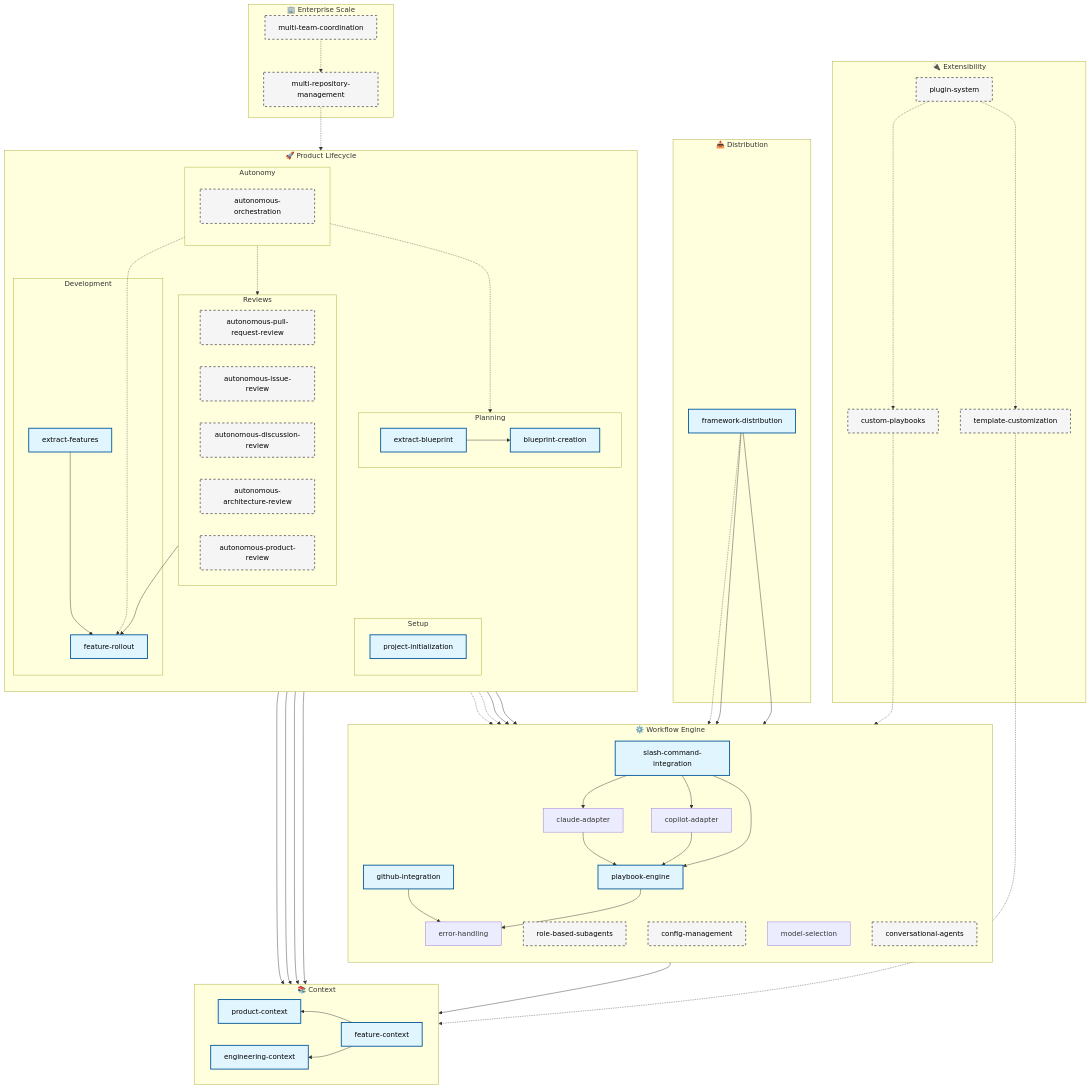
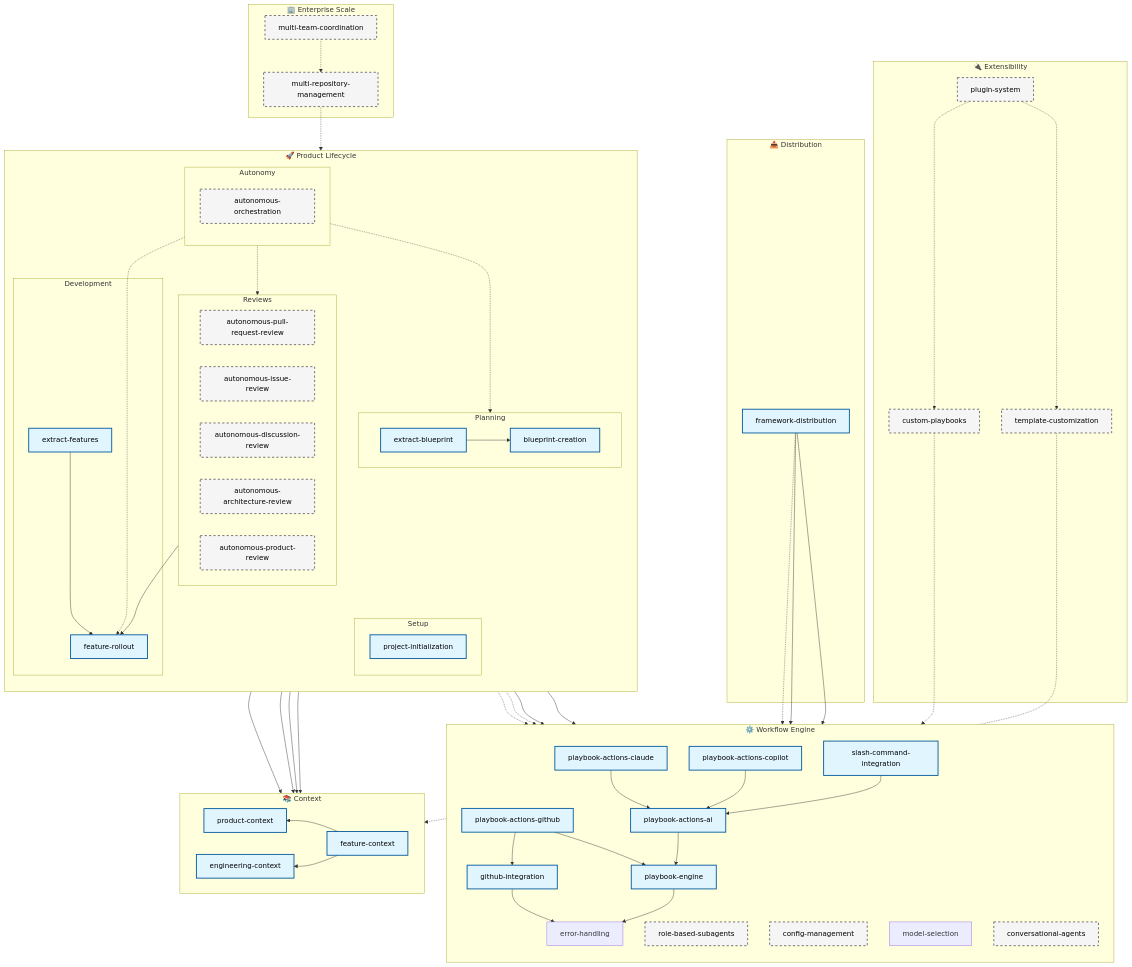
One commit to Xerilium/catalyst changed the diagram in .xe/features/blueprint/plan.md. Above: the diagram before and after it, drawn with Mermaid. The commit also changed other lines of this file and 4 other files, not shown here.

````diff
--- a/.xe/features/blueprint/plan.md
+++ b/.xe/features/blueprint/plan.md
@@ -364,15 +372,17 @@
         gh --> eh
         pe[playbook-engine]
         pe --> eh
-        pe --> ec
-        claude[claude-adapter]
-        copilot[copilot-adapter]
-        claude --> pe
-        copilot --> pe
+        pag[playbook-actions-github]
+        pag --> pe
+        pag --> gh
+        pai[playbook-actions-ai]
+        pai --> pe
+        pac[playbook-actions-claude]
+        pac --> pai
+        pao[playbook-actions-copilot]
+        pao --> pai
         sc[slash-command-integration]
-        sc --> pe
-        sc --> claude
-        sc --> copilot
+        sc --> pai
         rbs[role-based-subagents]
         cm[config-management]
         ms[model-selection]
@@ -458,6 +468,6 @@
     classDef phase2PlusStyle fill:#f5f5f5,stroke:#666,stroke-width:2px,stroke-dasharray: 5 5,color:#000
 
     %% Apply styles
-    class pc,ec,fc,gh,pe,sc,pi,bc,fr,ef,eb,fd phase1Style
+    class pc,ec,fc,gh,pe,pag,pai,pac,pao,sc,pi,bc,fr,ef,eb,fd phase1Style
     class tc,rbs,cm,cp,al,ca,ro,ao,apr,air,adr,aar,aprr,ps,mrm,mtc phase2PlusStyle
 ```
````
